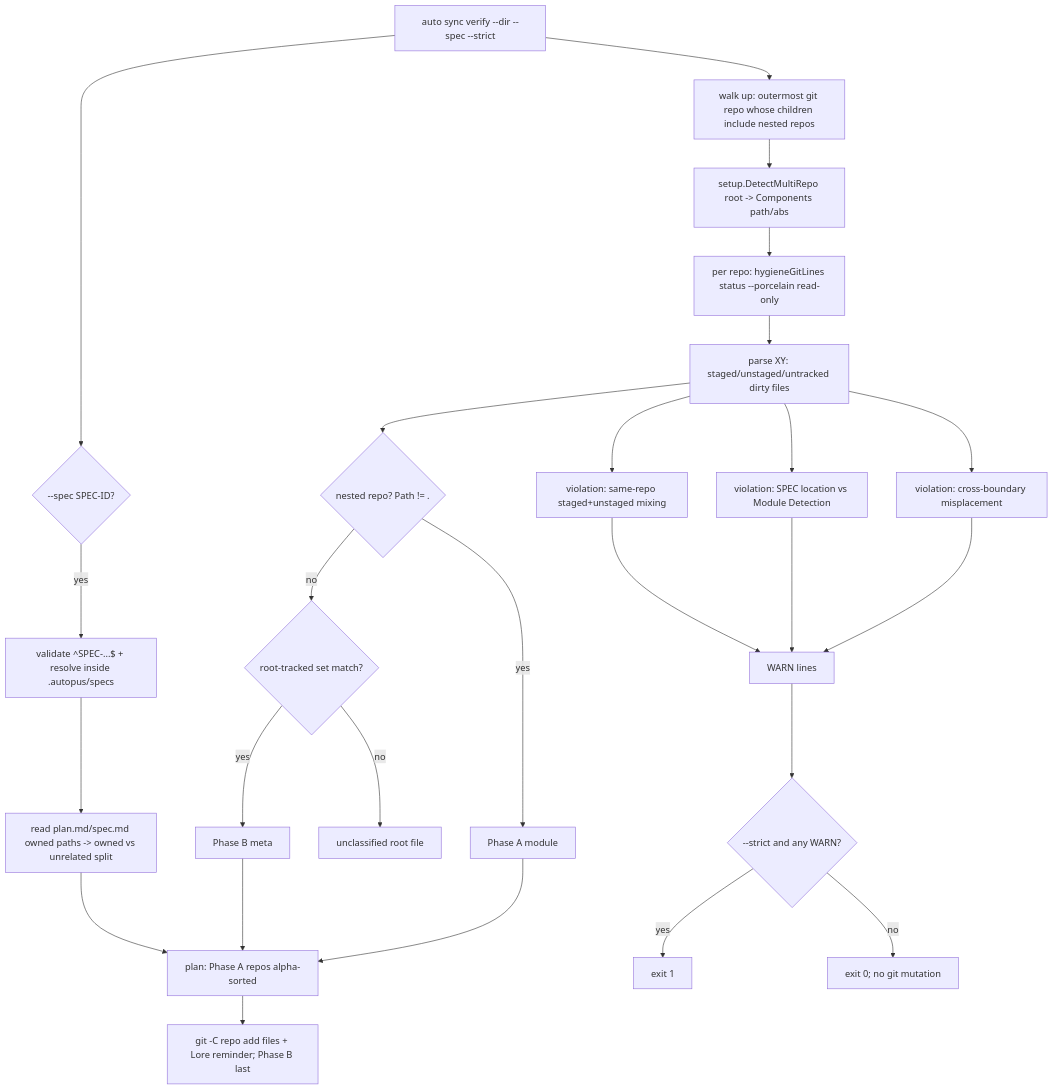
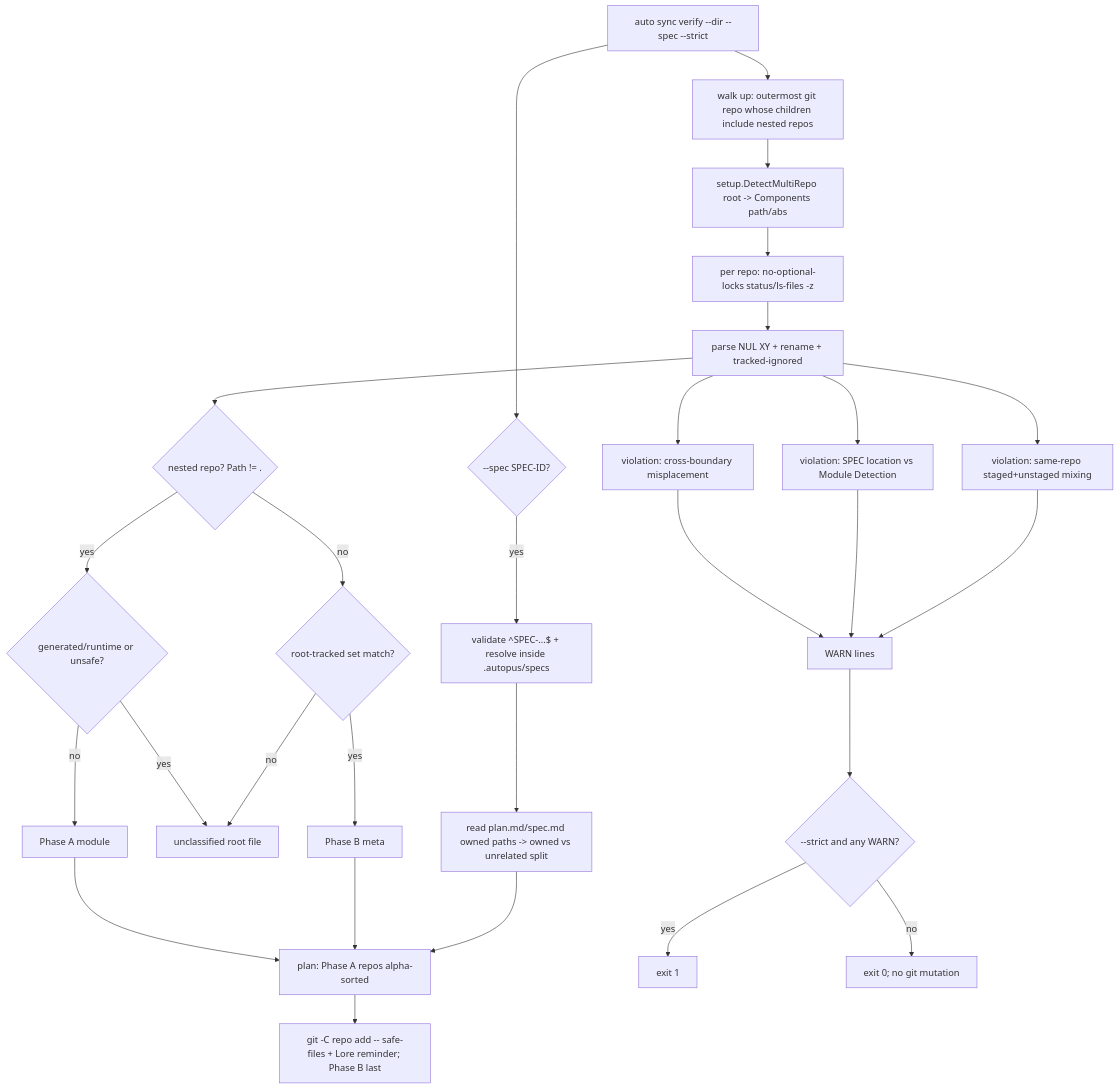
The diagram in .autopus/specs/SPEC-ADK-SYNC-VERIFY-001/plan.md (Insajin/autopus-adk), drawn with Mermaid before and after one commit. The commit also changed other lines of this file and 20 other files, not shown here.

````diff
--- a/.autopus/specs/SPEC-ADK-SYNC-VERIFY-001/plan.md
+++ b/.autopus/specs/SPEC-ADK-SYNC-VERIFY-001/plan.md
@@ -27,28 +30,30 @@
 ```mermaid
 flowchart TD
   A[auto sync verify --dir --spec --strict] --> B[walk up: outermost git repo whose children include nested repos]
   B --> C[setup.DetectMultiRepo root -> Components path/abs]
-  C --> D[per repo: hygieneGitLines status --porcelain read-only]
-  D --> E[parse XY: staged/unstaged/untracked dirty files]
+  C --> D[per repo: no-optional-locks status/ls-files -z]
+  D --> E[parse NUL XY + rename + tracked-ignored]
   E --> F{nested repo? Path != .}
-  F -- yes --> G[Phase A module]
+  F -- yes --> G{generated/runtime or unsafe?}
+  G -- no --> G1[Phase A module]
+  G -- yes --> J[blocked or unclassified]
   F -- no --> H{root-tracked set match?}
   H -- yes --> I[Phase B meta]
   H -- no --> J[unclassified root file]
   E --> K1[violation: cross-boundary misplacement]
   E --> K2[violation: SPEC location vs Module Detection]
   E --> K3[violation: same-repo staged+unstaged mixing]
   A --> L{--spec SPEC-ID?}
   L -- yes --> M[validate ^SPEC-...$ + resolve inside .autopus/specs]
   M --> N[read plan.md/spec.md owned paths -> owned vs unrelated split]
-  G --> P[plan: Phase A repos alpha-sorted]
+  G1 --> P[plan: Phase A repos alpha-sorted]
   I --> P
   N --> P
-  P --> Q[git -C repo add files + Lore reminder; Phase B last]
+  P --> Q[git -C repo add -- safe-files + Lore reminder; Phase B last]
   K1 --> R[WARN lines]
   K2 --> R
   K3 --> R
   R --> S{--strict and any WARN?}
   S -- yes --> T[exit 1]
   S -- no --> U[exit 0; no git mutation]
 ```
````
